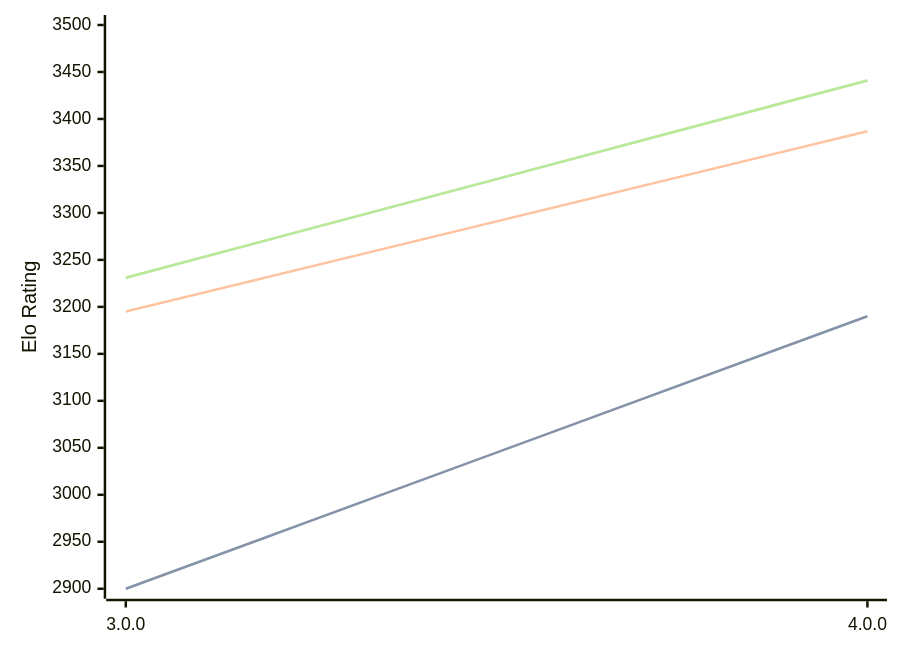
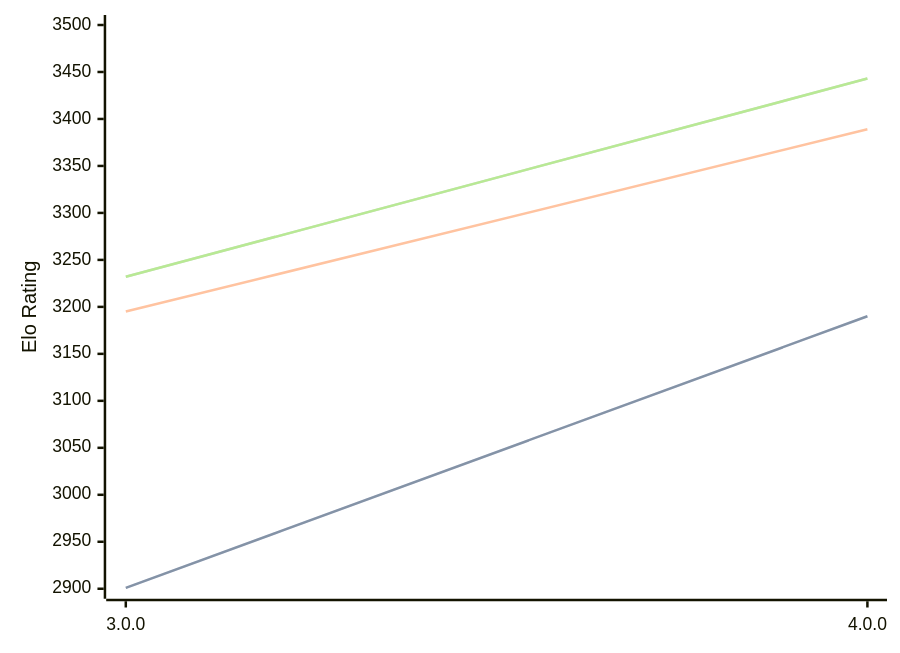
The diagram in engines/Avalanche.md (computer-chess-index/cci), drawn with Mermaid before and after one commit. The commit also changed other lines of this file, not shown here.

Commit message:
Update CCI Ratings (ELO VLTC) - 2026-09-16

````diff
--- a/engines/Avalanche.md
+++ b/engines/Avalanche.md
@@ -32,11 +32,11 @@
 ```mermaid
 %%{init: {"theme":"base","themeVariables":{"seriesColors:['#a3a3a3','#222221','#faa371']}}}%%
 xychart-beta
   x-axis ["3.0.0", "4.0.0"]
   y-axis "Elo Rating" 2900 --> 3500
-  line "" [2900, 3190]
-  line "STC (8.0+0.08s)" [2900, 3190]
-  line "LTC (60.0+0.60s)" [3195, 3387]
-  line "" [3231, 3441]
-  line "VLTC (2m24s+1.12s)" [3231, 3441]
+  line "" [2901, 3190]
+  line "STC (8.0+0.08s)" [2901, 3190]
+  line "LTC (60.0+0.60s)" [3195, 3389]
+  line "" [3232, 3443]
+  line "VLTC (2m24s+1.12s)" [3232, 3443]
 ```
````
